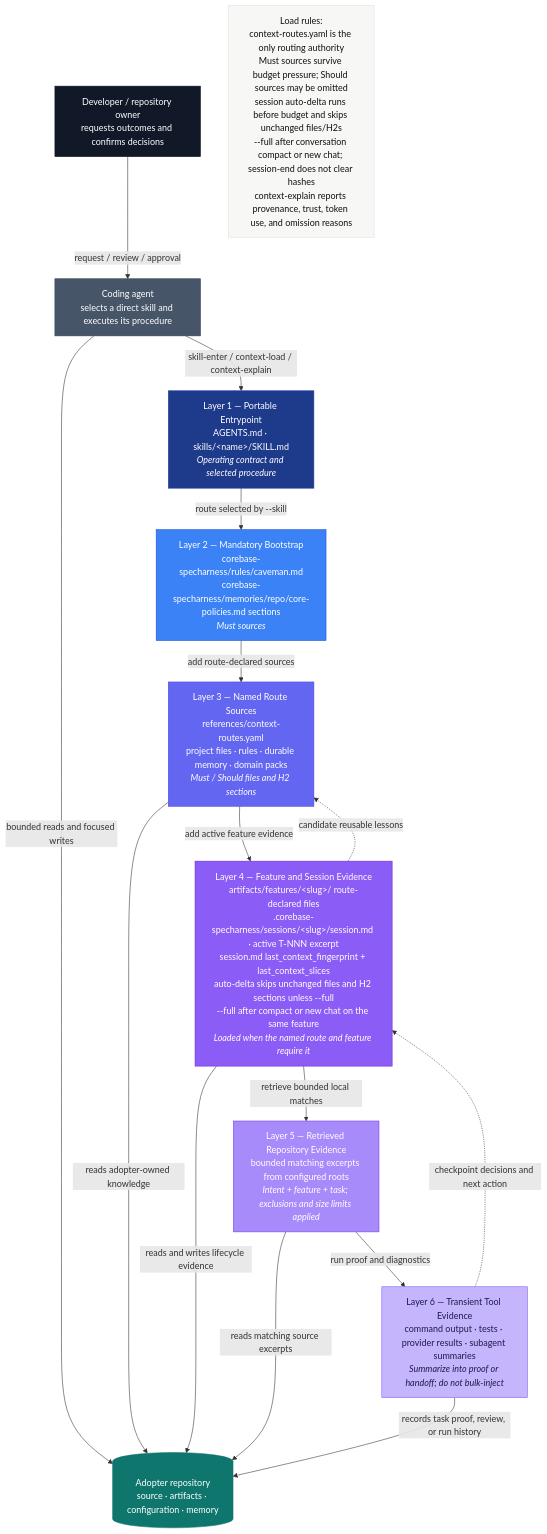
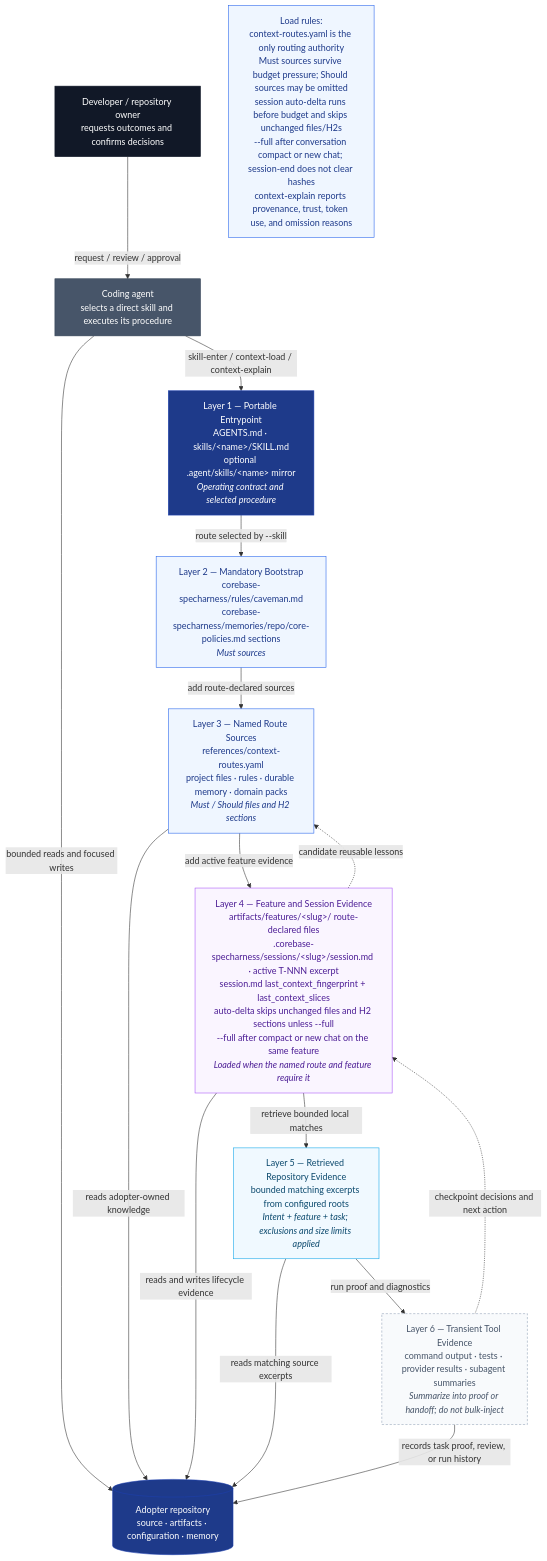
Before and after one commit to thaihai-swe/corebase-specharness: the diagram in documents/diagrams/source/architecture/context-stack.mmd, drawn with Mermaid. The commit also changed 22 other files, not shown here.

First line of the commit message:
Refactor workflow diagrams and enhance documentation

```diff
--- a/documents/diagrams/source/architecture/context-stack.mmd
+++ b/documents/diagrams/source/architecture/context-stack.mmd
@@ -1,51 +1,53 @@
 flowchart TB
     %% CoreBase SpecHarness Context Stack — implementation authority:
     %% ARCHITECTURE.md §3.2, context_engine.py, context-routes.yaml, harness-config.yaml
     %% Palette: documents/diagrams/source/_shared/palette.md
 
-    DEV["Developer / repository owner<br/>requests outcomes and confirms decisions"]:::actor
+    DEV["Developer / repository owner<br/>requests outcomes and confirms decisions"]:::terminal
     AGENT["Coding agent<br/>selects a direct skill and executes its procedure"]:::agent
-    REPO[("Adopter repository<br/>source · artifacts · configuration · memory")]:::repository
+    REPO[("Adopter repository<br/>source · artifacts · configuration · memory")]:::host
 
     DEV -->|request / review / approval| AGENT
     AGENT -->|bounded reads and focused writes| REPO
 
-    T1["Layer 1 — Portable Entrypoint<br/>AGENTS.md · skills/&lt;name&gt;/SKILL.md<br/><em>Operating contract and selected procedure</em>"]:::t1
-    T2["Layer 2 — Mandatory Bootstrap<br/>corebase-specharness/rules/caveman.md<br/>corebase-specharness/memories/repo/core-policies.md sections<br/><em>Must sources</em>"]:::t2
-    T3["Layer 3 — Named Route Sources<br/>references/context-routes.yaml<br/>project files · rules · durable memory · domain packs<br/><em>Must / Should files and H2 sections</em>"]:::t3
-    T4["Layer 4 — Feature and Session Evidence<br/>artifacts/features/&lt;slug&gt;/ route-declared files<br/>.corebase-specharness/sessions/&lt;slug&gt;/session.md · active T-NNN excerpt<br/>session.md last_context_fingerprint + last_context_slices<br/>auto-delta skips unchanged files and H2 sections unless --full<br/>--full after compact or new chat on the same feature<br/><em>Loaded when the named route and feature require it</em>"]:::t4
-    T5["Layer 5 — Retrieved Repository Evidence<br/>bounded matching excerpts from configured roots<br/><em>Intent + feature + task; exclusions and size limits applied</em>"]:::t5
-    T6["Layer 6 — Transient Tool Evidence<br/>command output · tests · provider results · subagent summaries<br/><em>Summarize into proof or handoff; do not bulk-inject</em>"]:::t6
+    T1["Layer 1 — Portable Entrypoint<br/>AGENTS.md · skills/&lt;name&gt;/SKILL.md<br/>optional .agent/skills/&lt;name&gt; mirror<br/><em>Operating contract and selected procedure</em>"]:::host
+    T2["Layer 2 — Mandatory Bootstrap<br/>corebase-specharness/rules/caveman.md<br/>corebase-specharness/memories/repo/core-policies.md sections<br/><em>Must sources</em>"]:::core
+    T3["Layer 3 — Named Route Sources<br/>references/context-routes.yaml<br/>project files · rules · durable memory · domain packs<br/><em>Must / Should files and H2 sections</em>"]:::core
+    T4["Layer 4 — Feature and Session Evidence<br/>artifacts/features/&lt;slug&gt;/ route-declared files<br/>.corebase-specharness/sessions/&lt;slug&gt;/session.md · active T-NNN excerpt<br/>session.md last_context_fingerprint + last_context_slices<br/>auto-delta skips unchanged files and H2 sections unless --full<br/>--full after compact or new chat on the same feature<br/><em>Loaded when the named route and feature require it</em>"]:::memory
+    T5["Layer 5 — Retrieved Repository Evidence<br/>bounded matching excerpts from configured roots<br/><em>Intent + feature + task; exclusions and size limits applied</em>"]:::external
+    T6["Layer 6 — Transient Tool Evidence<br/>command output · tests · provider results · subagent summaries<br/><em>Summarize into proof or handoff; do not bulk-inject</em>"]:::optional
 
     T1 -->|route selected by --skill| T2
     T2 -->|add route-declared sources| T3
     T3 -->|add active feature evidence| T4
     T4 -->|retrieve bounded local matches| T5
     T5 -->|run proof and diagnostics| T6
 
     AGENT -->|skill-enter / context-load / context-explain| T1
     T3 -->|reads adopter-owned knowledge| REPO
     T4 -->|reads and writes lifecycle evidence| REPO
     T5 -->|reads matching source excerpts| REPO
     T6 -->|records task proof, review, or run history| REPO
 
     T6 -.->|checkpoint decisions and next action| T4
     T4 -.->|candidate reusable lessons| T3
 
-    LOAD["Load rules:<br/>context-routes.yaml is the only routing authority<br/>Must sources survive budget pressure; Should sources may be omitted<br/>session auto-delta runs before budget and skips unchanged files/H2s<br/>--full after conversation compact or new chat; session-end does not clear hashes<br/>context-explain reports provenance, trust, token use, and omission reasons"]:::note
+    LOAD["Load rules:<br/>context-routes.yaml is the only routing authority<br/>Must sources survive budget pressure; Should sources may be omitted<br/>session auto-delta runs before budget and skips unchanged files/H2s<br/>--full after conversation compact or new chat; session-end does not clear hashes<br/>context-explain reports provenance, trust, token use, and omission reasons"]:::core
 
-    classDef default fill:#f7f7f5,stroke:#e0e0e0,color:#111
-    classDef t1 fill:#1e3a8a,stroke:#1e40af,color:#fff
-    classDef t2 fill:#3b82f6,stroke:#1d4ed8,color:#fff
-    classDef t3 fill:#6366f1,stroke:#4f46e5,color:#fff
-    classDef t4 fill:#8b5cf6,stroke:#6d28d9,color:#fff
-    classDef t5 fill:#a78bfa,stroke:#7c3aed,color:#fff
-    classDef t6 fill:#c4b5fd,stroke:#8b5cf6,color:#1e1b4b
-    classDef note fill:#f7f7f5,stroke:#e0e0e0,color:#111
-    classDef actor fill:#111827,stroke:#111827,color:#fff
+    classDef terminal fill:#111827,stroke:#111827,color:#fff
+    classDef core fill:#eff6ff,stroke:#2563eb,color:#1e3a8a
+    classDef gate fill:#ecfdf5,stroke:#16a34a,color:#166534
+    classDef decision fill:#fff7ed,stroke:#f59e0b,color:#78350f
+    classDef optional fill:#f8fafc,stroke:#94a3b8,color:#475569,stroke-dasharray:4 3
+    classDef external fill:#f0f9ff,stroke:#0ea5e9,color:#0c4a6e
+    classDef memory fill:#faf5ff,stroke:#a855f7,color:#4c1d95
+    classDef host fill:#1e3a8a,stroke:#1e40af,color:#fff
     classDef agent fill:#475569,stroke:#334155,color:#fff
-    classDef repository fill:#0f766e,stroke:#0f766e,color:#fff
 
-    class DEV actor
+    class DEV terminal
+    class T2,T3,LOAD core
+    class T6 optional
+    class T5 external
+    class T4 memory
+    class T1,REPO host
     class AGENT agent
-    class REPO repository
```
